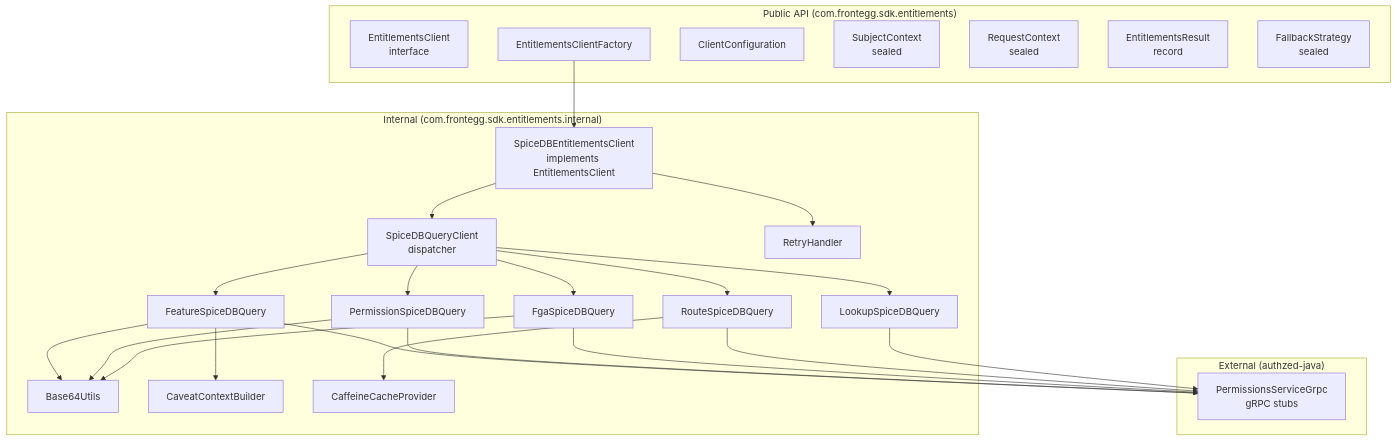
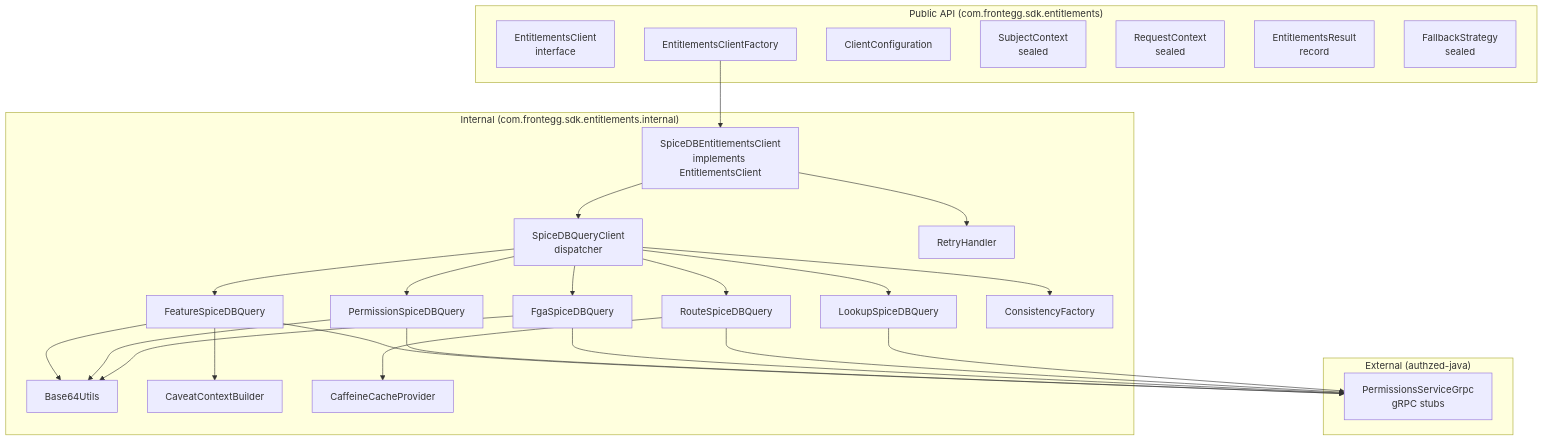
The second of 4 diagrams in docs/architecture.md (frontegg/entitlements-client-java), drawn with Mermaid before and after one commit. The commit also changed other lines of this file and 34 other files, not shown here.

````diff
--- a/docs/architecture.md
+++ b/docs/architecture.md
@@ -212,49 +232,51 @@
 ```mermaid
 graph TB
     subgraph "Public API (com.frontegg.sdk.entitlements)"
         EC[EntitlementsClient<br/>interface]
         ECF[EntitlementsClientFactory]
         CC[ClientConfiguration]
         SC[SubjectContext<br/>sealed]
         RC[RequestContext<br/>sealed]
         ER[EntitlementsResult<br/>record]
         FS[FallbackStrategy<br/>sealed]
     end
 
     subgraph "Internal (com.frontegg.sdk.entitlements.internal)"
         SDBC[SpiceDBEntitlementsClient<br/>implements EntitlementsClient]
         QC[SpiceDBQueryClient<br/>dispatcher]
         FQ[FeatureSpiceDBQuery]
         PQ[PermissionSpiceDBQuery]
         EQ[FgaSpiceDBQuery]
         RTSQ[RouteSpiceDBQuery]
         LSQ[LookupSpiceDBQuery]
         RH[RetryHandler]
         B64[Base64Utils]
         CVT[CaveatContextBuilder]
         CCH[CaffeineCacheProvider]
+        CF[ConsistencyFactory]
     end
 
     subgraph "External (authzed-java)"
         AZ[PermissionsServiceGrpc<br/>gRPC stubs]
     end
 
     ECF --> SDBC
     SDBC --> QC
+    QC --> CF
     QC --> FQ
     QC --> PQ
     QC --> EQ
     QC --> RTSQ
     QC --> LSQ
     FQ --> AZ
     PQ --> AZ
     EQ --> AZ
     RTSQ --> AZ
     LSQ --> AZ
     FQ --> B64
     FQ --> CVT
     PQ --> B64
     EQ --> B64
     RTSQ --> CCH
     SDBC --> RH
 ```
````
